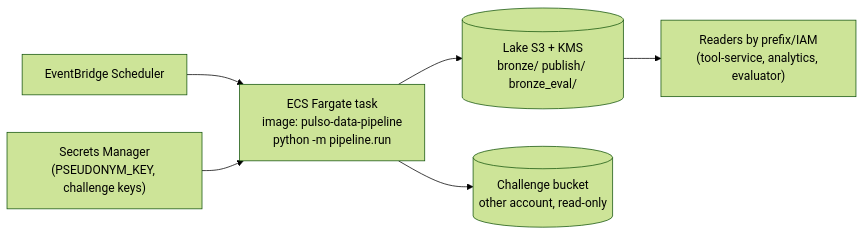
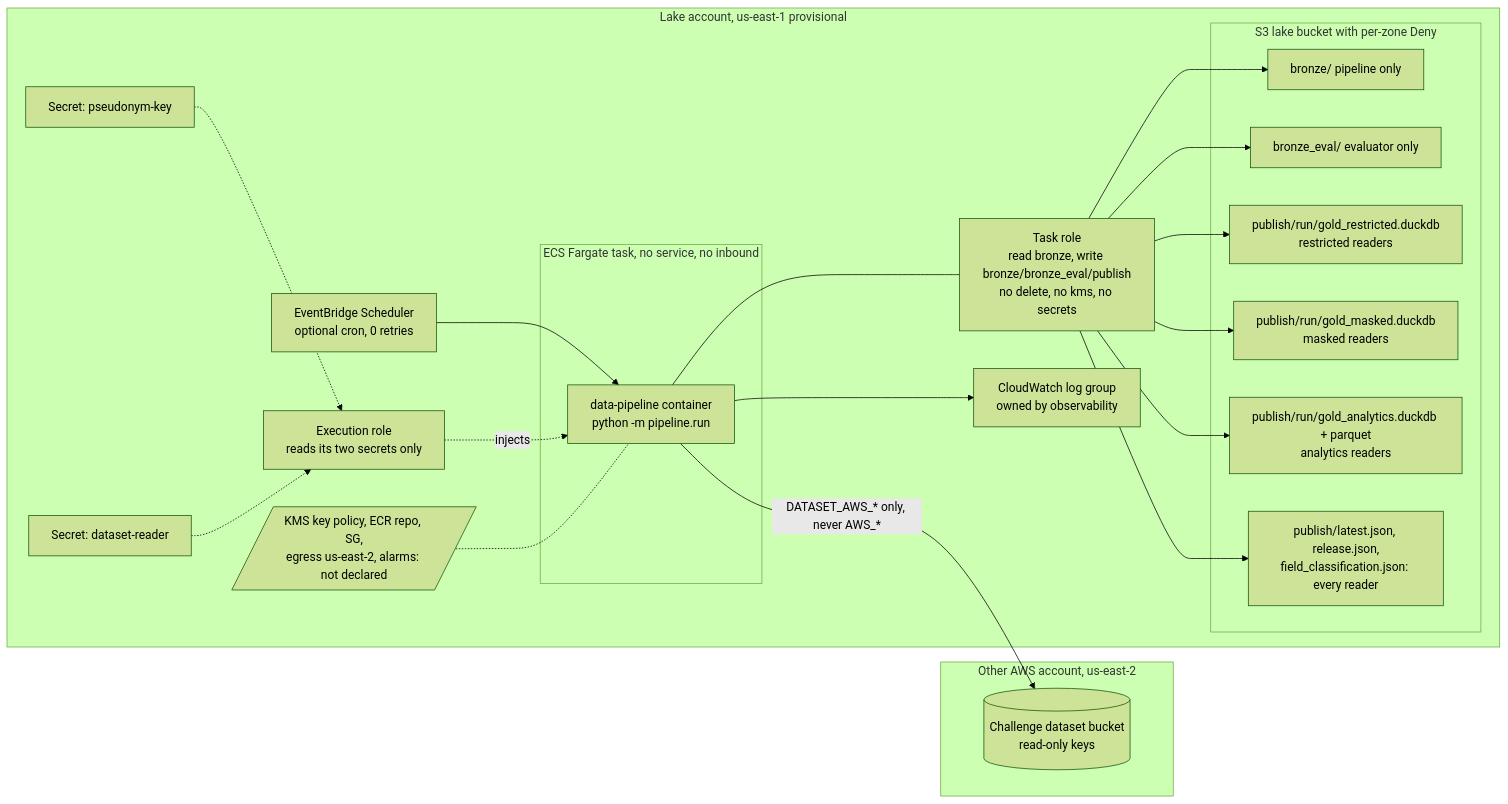
Before and after one commit to pulso-factored/docs: the sixth of 7 diagrams in data-pipeline/README.md, drawn with Mermaid (forest theme). The commit also changed other lines of this file and 3 other files, not shown here.

Commit message:
docs: add AWS infrastructure sections and restructure data-pipeline, tool-service and agent-core guides

````diff
--- a/data-pipeline/README.md
+++ b/data-pipeline/README.md
@@ -157,8 +652,40 @@
 ```mermaid
 flowchart LR
-    EB["EventBridge Scheduler"] --> ECS["ECS Fargate task<br/>image: pulso-data-pipeline<br/>python -m pipeline.run"]
-    SM["Secrets Manager<br/>(PSEUDONYM_KEY, challenge keys)"] --> ECS
-    ECS --> S3L[("Lake S3 + KMS<br/>bronze/ publish/ bronze_eval/")]
-    ECS --> S3D[("Challenge bucket<br/>other account, read-only")]
-    S3L --> RD["Readers by prefix/IAM<br/>(tool-service, analytics, evaluator)"]
+    subgraph EXT["Other AWS account, us-east-2"]
+      DSB[("Challenge dataset bucket<br/>read-only keys")]
+    end
+    subgraph LAKEACC["Lake account, us-east-1 provisional"]
+      EB["EventBridge Scheduler<br/>optional cron, 0 retries"]
+      subgraph FG["ECS Fargate task, no service, no inbound"]
+        TASK["data-pipeline container<br/>python -m pipeline.run"]
+      end
+      TR["Task role<br/>read bronze, write bronze/bronze_eval/publish<br/>no delete, no kms, no secrets"]
+      ER["Execution role<br/>reads its two secrets only"]
+      subgraph LB["S3 lake bucket with per-zone Deny"]
+        Z1["bronze/ pipeline only"]
+        Z2["bronze_eval/ evaluator only"]
+        Z3["publish/run/gold_restricted.duckdb<br/>restricted readers"]
+        Z4["publish/run/gold_masked.duckdb<br/>masked readers"]
+        Z5["publish/run/gold_analytics.duckdb + parquet<br/>analytics readers"]
+        Z6["publish/latest.json, release.json,<br/>field_classification.json: every reader"]
+      end
+      SM1["Secret: pseudonym-key"]
+      SM2["Secret: dataset-reader"]
+      CW["CloudWatch log group<br/>owned by observability"]
+      GAP1[/"KMS key policy, ECR repo, SG,<br/>egress us-east-2, alarms: not declared"/]
+    end
+    EB --> TASK
+    TASK -->|DATASET_AWS_* only, never AWS_*| DSB
+    TASK --- TR
+    ER -.->|injects| TASK
+    SM1 -.-> ER
+    SM2 -.-> ER
+    TR --> Z1
+    TR --> Z2
+    TR --> Z3
+    TR --> Z4
+    TR --> Z5
+    TR --> Z6
+    TASK --> CW
+    GAP1 -.- TASK
 ```
````
